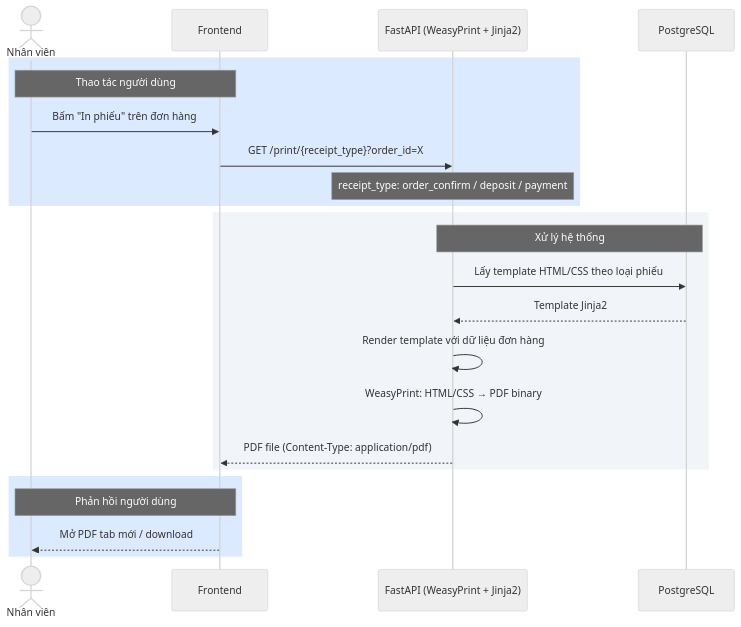
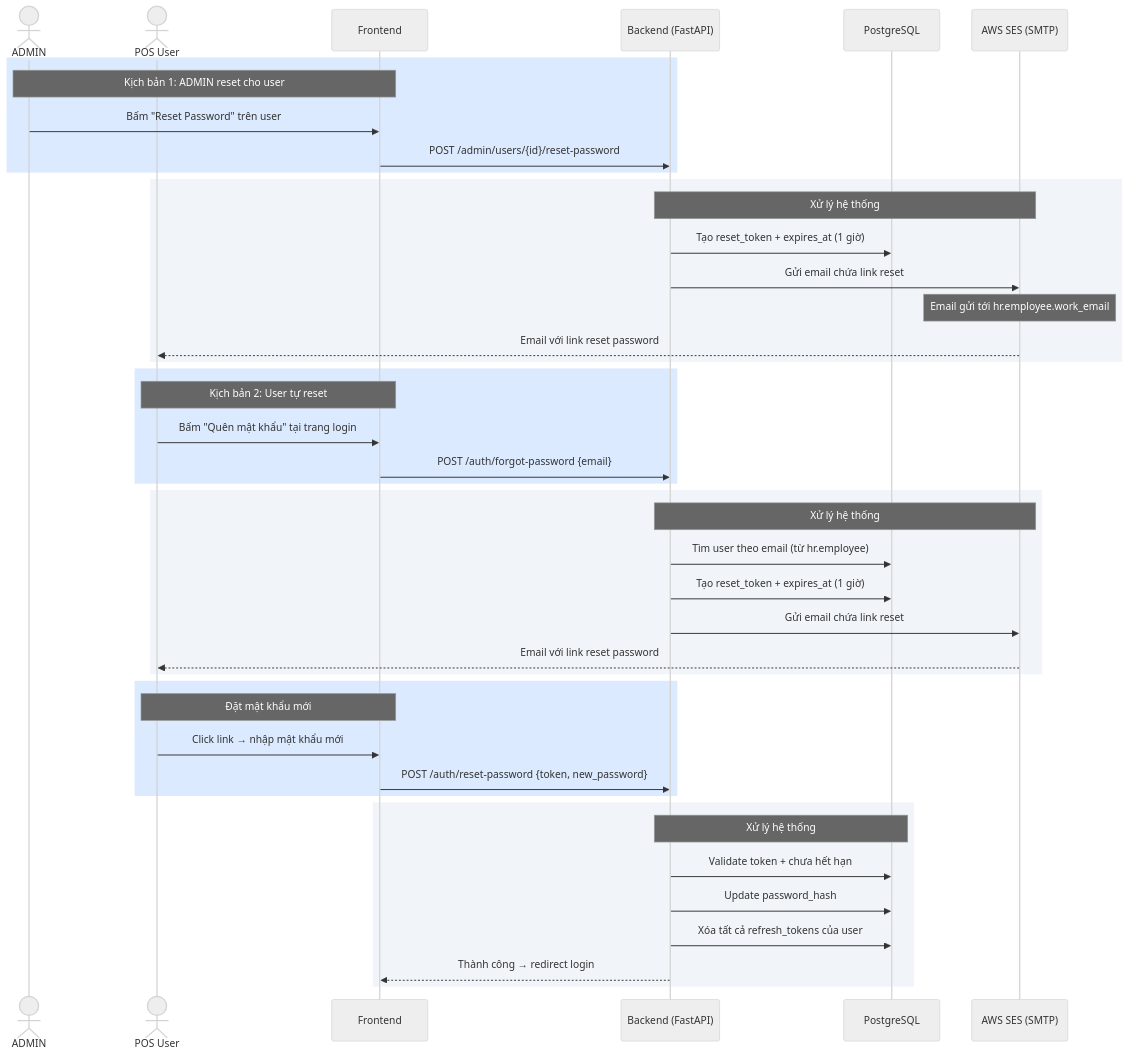
Diagram 12 of 12 in docs/process_flow.md (ngohuuduc/VJ_mobile_POS), drawn with Mermaid (neutral theme) before and after one commit. The commit also changed other lines of this file and 5 other files, not shown here.

````diff
--- a/docs/process_flow.md
+++ b/docs/process_flow.md
@@ -276,26 +474,48 @@
 ```mermaid
 sequenceDiagram
-    actor User as Nhân viên
+    actor Admin as ADMIN
+    actor User as POS User
     participant FE as Frontend
-    participant BE as FastAPI (WeasyPrint + Jinja2)
+    participant BE as Backend (FastAPI)
     participant DB as PostgreSQL
+    participant SES as AWS SES (SMTP)
 
     rect rgb(219, 234, 254)
-        Note over User,FE: Thao tác người dùng
-        User->>FE: Bấm "In phiếu" trên đơn hàng
-        FE->>BE: GET /print/{receipt_type}?order_id=X
-        Note over BE: receipt_type: order_confirm / deposit / payment
+        Note over Admin,FE: Kịch bản 1: ADMIN reset cho user
+        Admin->>FE: Bấm "Reset Password" trên user
+        FE->>BE: POST /admin/users/{id}/reset-password
+    end
+    rect rgb(241, 245, 249)
+        Note over BE,SES: Xử lý hệ thống
+        BE->>DB: Tạo reset_token + expires_at (1 giờ)
+        BE->>SES: Gửi email chứa link reset
+        Note over SES: Email gửi tới hr.employee.work_email
+        SES-->>User: Email với link reset password
+    end
+
+    rect rgb(219, 234, 254)
+        Note over User,FE: Kịch bản 2: User tự reset
+        User->>FE: Bấm "Quên mật khẩu" tại trang login
+        FE->>BE: POST /auth/forgot-password {email}
+    end
+    rect rgb(241, 245, 249)
+        Note over BE,SES: Xử lý hệ thống
+        BE->>DB: Tìm user theo email (từ hr.employee)
+        BE->>DB: Tạo reset_token + expires_at (1 giờ)
+        BE->>SES: Gửi email chứa link reset
+        SES-->>User: Email với link reset password
+    end
+
+    rect rgb(219, 234, 254)
+        Note over User,FE: Đặt mật khẩu mới
+        User->>FE: Click link → nhập mật khẩu mới
+        FE->>BE: POST /auth/reset-password {token, new_password}
     end
     rect rgb(241, 245, 249)
         Note over BE,DB: Xử lý hệ thống
-        BE->>DB: Lấy template HTML/CSS theo loại phiếu
-        DB-->>BE: Template Jinja2
-        BE->>BE: Render template với dữ liệu đơn hàng
-        BE->>BE: WeasyPrint: HTML/CSS → PDF binary
-        BE-->>FE: PDF file (Content-Type: application/pdf)
-    end
-    rect rgb(219, 234, 254)
-        Note over FE,User: Phản hồi người dùng
-        FE-->>User: Mở PDF tab mới / download
+        BE->>DB: Validate token + chưa hết hạn
+        BE->>DB: Update password_hash
+        BE->>DB: Xóa tất cả refresh_tokens của user
+        BE-->>FE: Thành công → redirect login
     end
 ```
````
